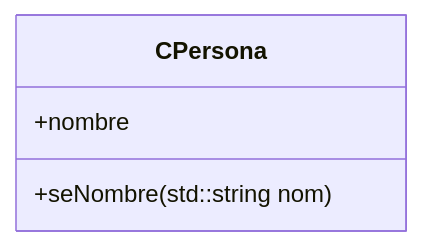
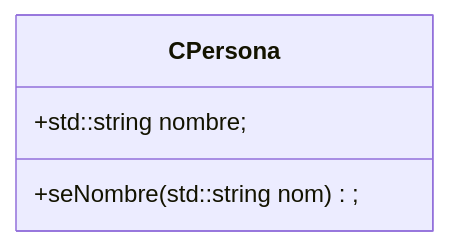
The diagram in CLASES/CPERSONA/CPersona.md (profabvera/PracticaCPP), drawn with Mermaid before and after one commit.

Commit message:
Actualizar CPersona.md

````diff
--- a/CLASES/CPERSONA/CPersona.md
+++ b/CLASES/CPERSONA/CPersona.md
@@ -3,10 +3,10 @@
 ```mermaid
 classDiagram
 
 class CPersona {
 
-   +nombre
-   +seNombre(std::string nom)
+   +std::string nombre;
+   +seNombre(std::string nom);
    }
 
 ```
````
